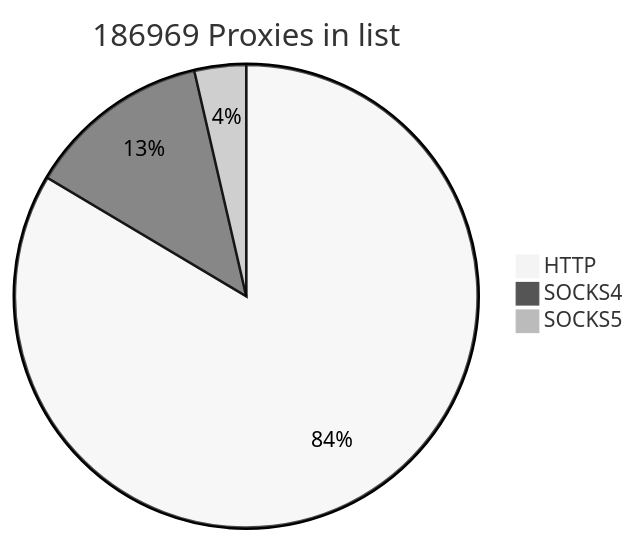
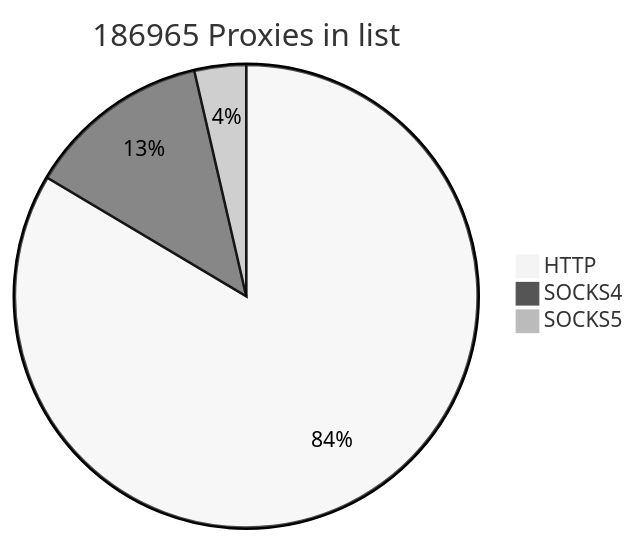
Before and after one commit to cutipu/proxylist: the first of 2 diagrams in README.md, drawn with Mermaid (neutral theme). The commit also changed other lines of this file, not shown here.

````diff
--- a/README.md
+++ b/README.md
@@ -2,7 +2,7 @@
 ```mermaid
-pie title 186969 Proxies in list
+pie title 186965 Proxies in list
     "HTTP" : 156215
     "SOCKS4" : 24010
-    "SOCKS5" : 6744
+    "SOCKS5" : 6740
             
 ```
````
